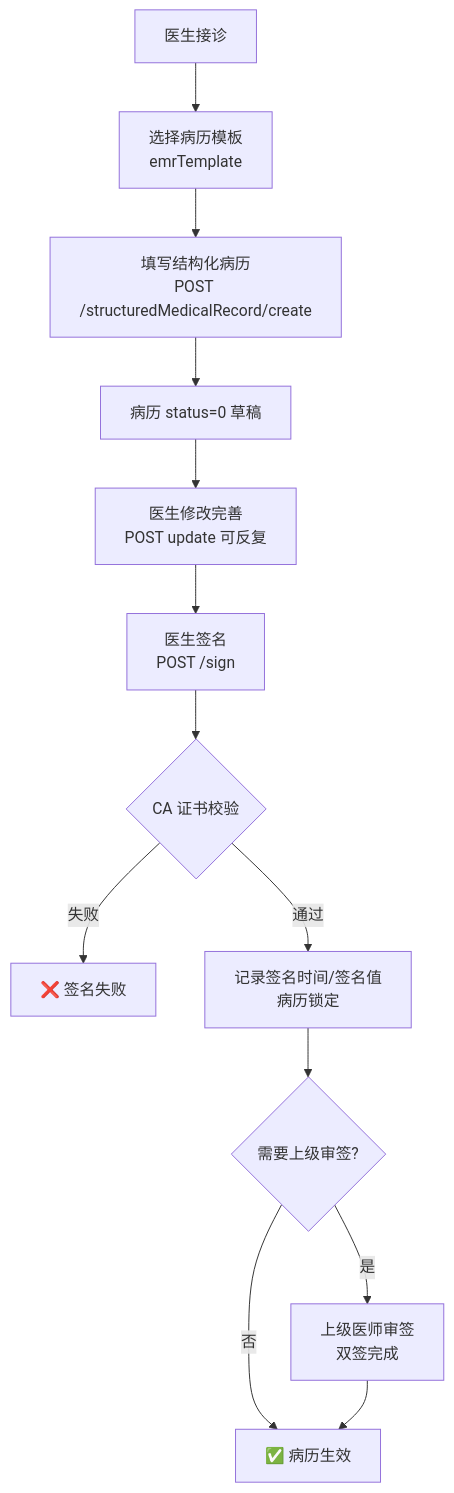
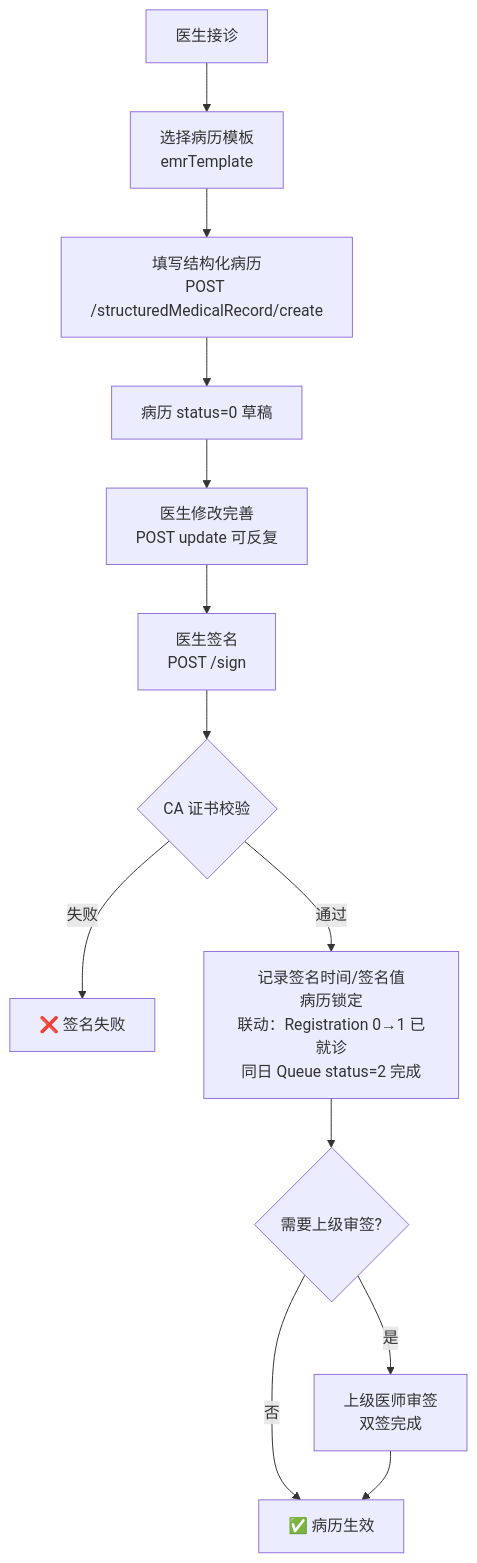
Before and after one commit to Palpitate-xus/hoimsystem: the first of 6 diagrams in doc/flowcharts/06-病历文书.md, drawn with Mermaid. The commit also changed 14 other files, not shown here.

````diff
--- a/doc/flowcharts/06-病历文书.md
+++ b/doc/flowcharts/06-病历文书.md
@@ -7,15 +7,15 @@
 ```mermaid
 flowchart TD
     A[医生接诊] --> B[选择病历模板<br/>emrTemplate]
     B --> C[填写结构化病历<br/>POST /structuredMedicalRecord/create]
     C --> D[病历 status=0 草稿]
     D --> E[医生修改完善<br/>POST update 可反复]
     E --> F[医生签名<br/>POST /sign]
     F --> G{CA 证书校验}
     G -- 失败 --> H[❌ 签名失败]
-    G -- 通过 --> I[记录签名时间/签名值<br/>病历锁定]
+    G -- 通过 --> I[记录签名时间/签名值<br/>病历锁定<br/>联动：Registration 0→1 已就诊<br/>同日 Queue status=2 完成]
     I --> J{需要上级审签?}
     J -- 是 --> K[上级医师审签<br/>双签完成]
     J -- 否 --> L[✅ 病历生效]
     K --> L
 ```
````
